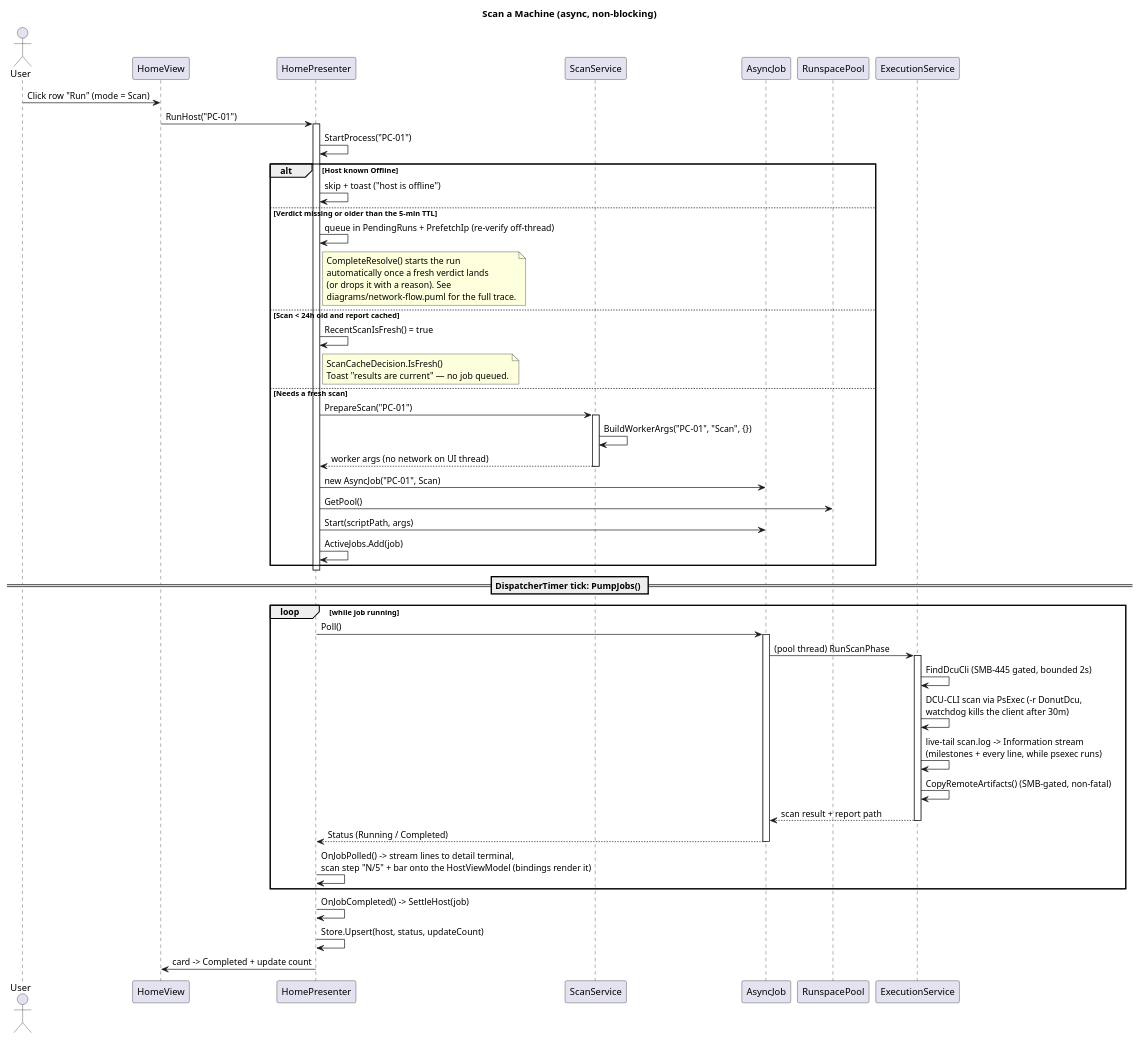
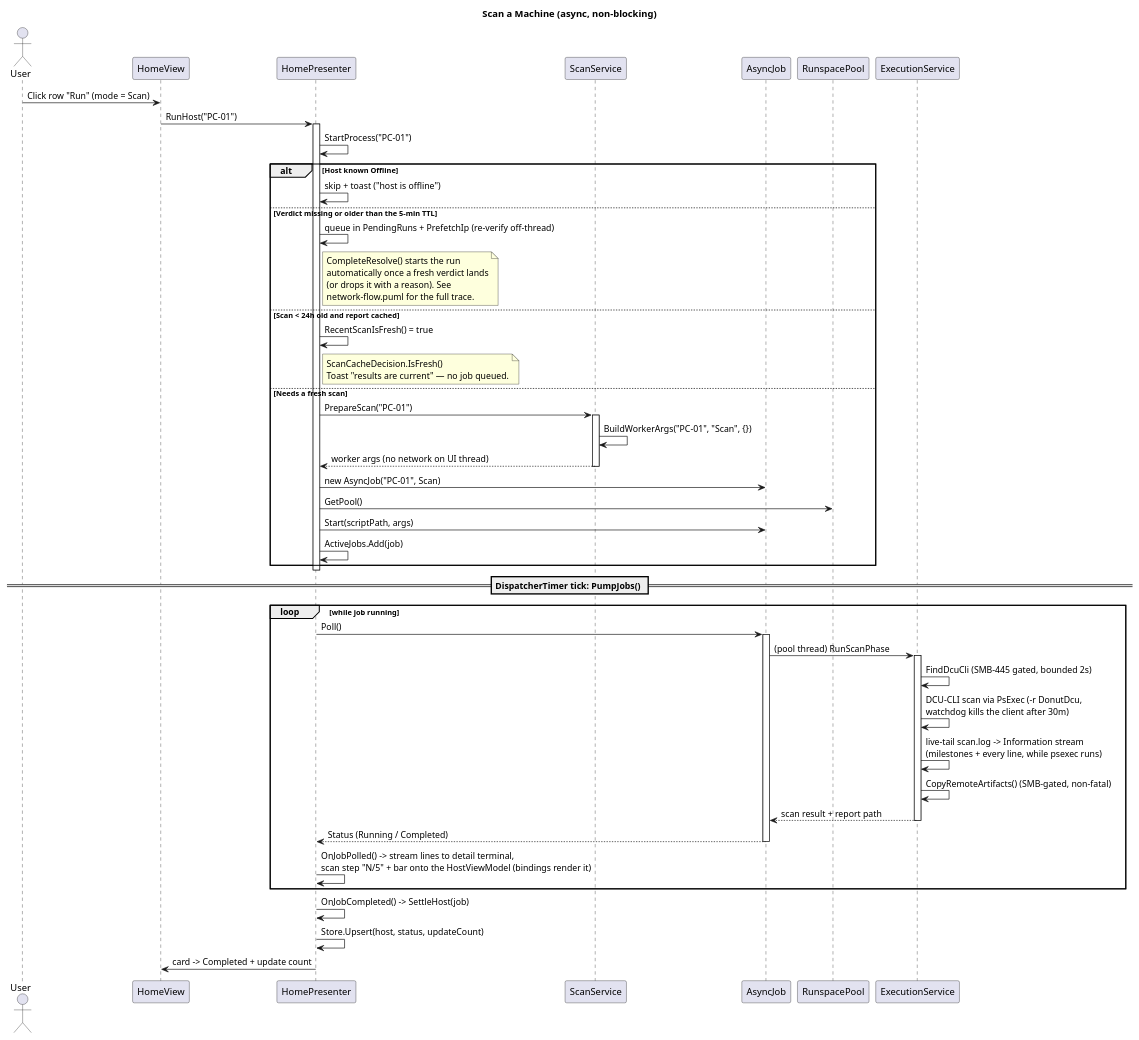
The diagram in docs/diagrams/scan_sequence_diagram.puml (Danial-Changez/DONUT), drawn with PlantUML before and after one commit. The commit also changed 1 other file, not shown here.

Commit message:
docs: fix the network-flow.puml path in two sequence-diagram notes
Moving network-flow.puml into docs/diagrams put it beside the scan and
applyUpdates sequence diagrams, so their note references drop the stale
"diagrams/" prefix and point at the sibling file directly.

```diff
--- a/docs/diagrams/scan_sequence_diagram.puml
+++ b/docs/diagrams/scan_sequence_diagram.puml
@@ -1,60 +1,60 @@
 @startuml Scan Sequence Diagram
 title Scan a Machine (async, non-blocking)
 
 actor User
 participant "HomeView" as View
 participant "HomePresenter" as Presenter
 participant "ScanService" as Scan
 participant "AsyncJob" as Job
 participant "RunspacePool" as Pool
 participant "ExecutionService" as Exec
 
 User -> View: Click row "Run" (mode = Scan)
 View -> Presenter: RunHost("PC-01")
 activate Presenter
 Presenter -> Presenter: StartProcess("PC-01")
 
 alt Host known Offline
     Presenter -> Presenter: skip + toast ("host is offline")
 else Verdict missing or older than the 5-min TTL
     Presenter -> Presenter: queue in PendingRuns + PrefetchIp (re-verify off-thread)
-    note right of Presenter: CompleteResolve() starts the run\nautomatically once a fresh verdict lands\n(or drops it with a reason). See\ndiagrams/network-flow.puml for the full trace.
+    note right of Presenter: CompleteResolve() starts the run\nautomatically once a fresh verdict lands\n(or drops it with a reason). See\nnetwork-flow.puml for the full trace.
 else Scan < 24h old and report cached
     Presenter -> Presenter: RecentScanIsFresh() = true
     note right of Presenter: ScanCacheDecision.IsFresh()\nToast "results are current" — no job queued.
 else Needs a fresh scan
     Presenter -> Scan: PrepareScan("PC-01")
     activate Scan
     Scan -> Scan: BuildWorkerArgs("PC-01", "Scan", {})
     Scan --> Presenter: worker args (no network on UI thread)
     deactivate Scan
 
     Presenter -> Job: new AsyncJob("PC-01", Scan)
     Presenter -> Pool: GetPool()
     Presenter -> Job: Start(scriptPath, args)
     Presenter -> Presenter: ActiveJobs.Add(job)
 end
 deactivate Presenter
 
 == DispatcherTimer tick: PumpJobs() ==
 
 loop while job running
     Presenter -> Job: Poll()
     activate Job
     Job -> Exec: (pool thread) RunScanPhase
     activate Exec
     Exec -> Exec: FindDcuCli (SMB-445 gated, bounded 2s)
     Exec -> Exec: DCU-CLI scan via PsExec (-r DonutDcu,\nwatchdog kills the client after 30m)
     Exec -> Exec: live-tail scan.log -> Information stream\n(milestones + every line, while psexec runs)
     Exec -> Exec: CopyRemoteArtifacts() (SMB-gated, non-fatal)
     Exec --> Job: scan result + report path
     deactivate Exec
     Job --> Presenter: Status (Running / Completed)
     deactivate Job
     Presenter -> Presenter: OnJobPolled() -> stream lines to detail terminal,\nscan step "N/5" + bar onto the HostViewModel (bindings render it)
 end
 
 Presenter -> Presenter: OnJobCompleted() -> SettleHost(job)
 Presenter -> Presenter: Store.Upsert(host, status, updateCount)
 Presenter -> View: card -> Completed + update count
 @enduml
```
